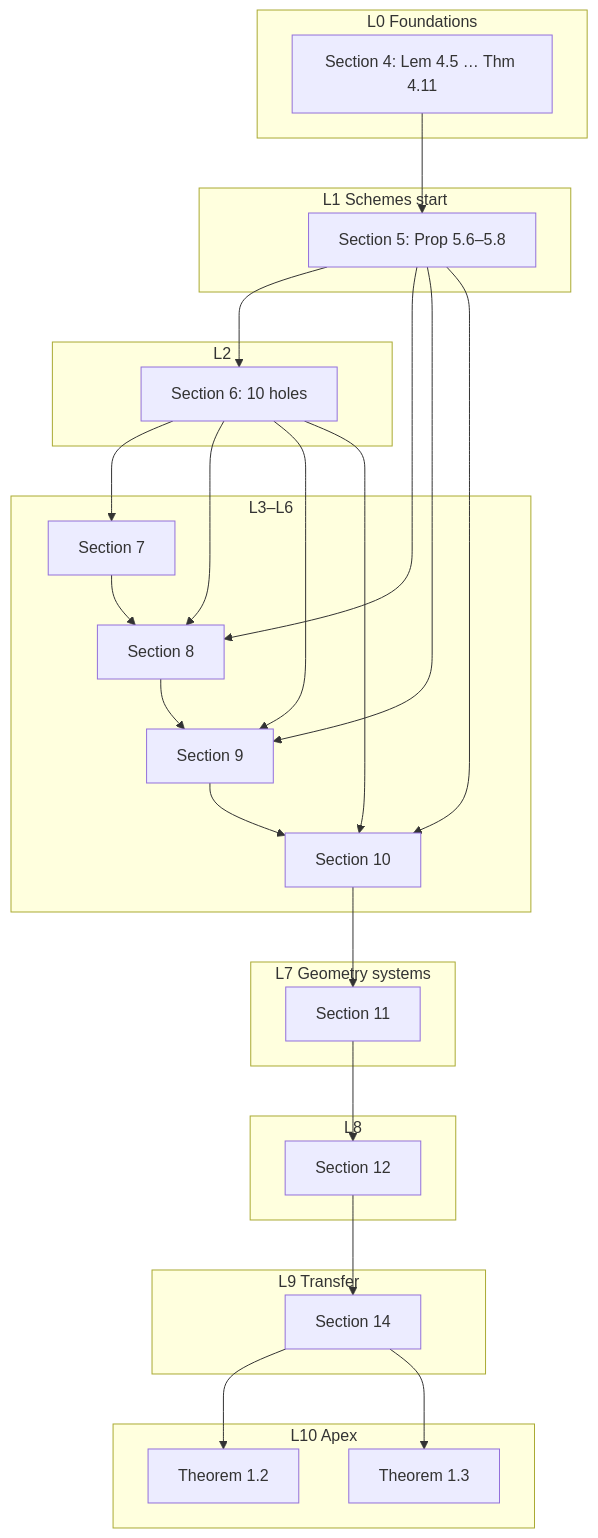
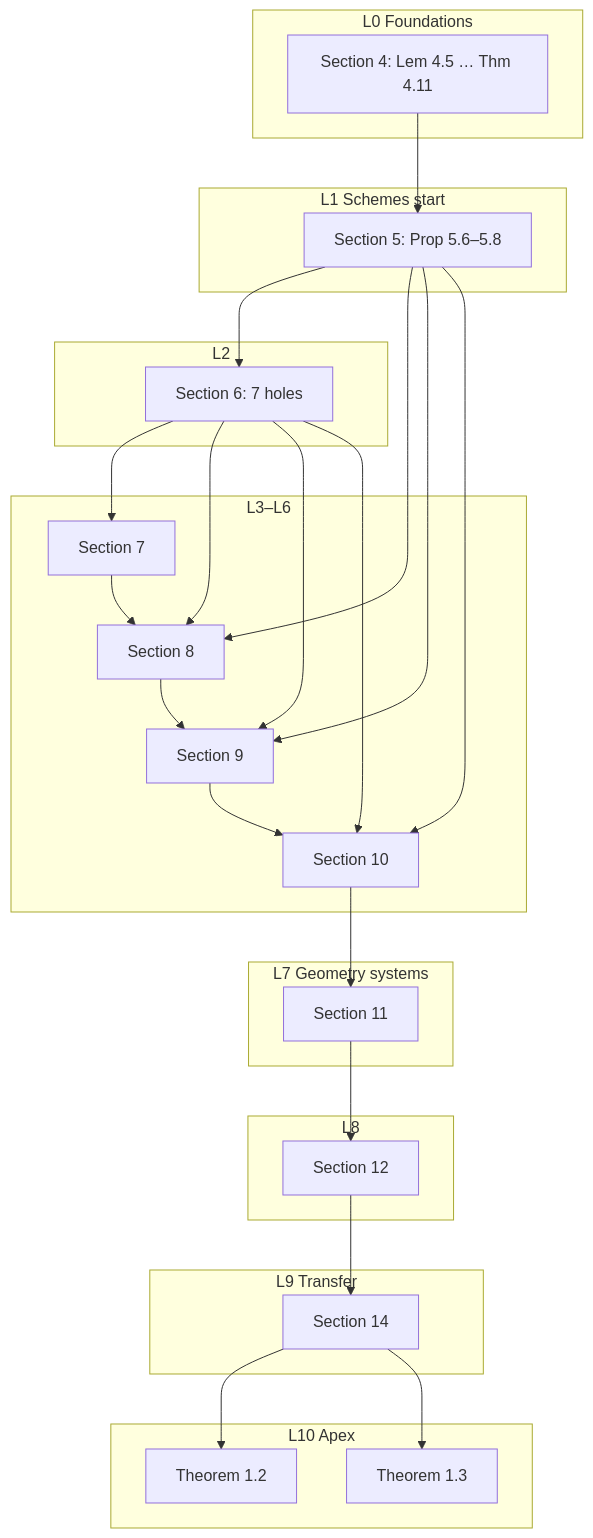
The diagram in HOLES.md (catskillsresearch/aec), drawn with Mermaid before and after one commit. The commit also changed other lines of this file and 6 other files, not shown here.

````diff
--- a/HOLES.md
+++ b/HOLES.md
@@ -51,40 +51,40 @@
 ```mermaid
 flowchart TD
   subgraph L0 [L0 Foundations]
     S4["Section 4: Lem 4.5 … Thm 4.11"]
   end
   subgraph L1 [L1 Schemes start]
     S5["Section 5: Prop 5.6–5.8"]
   end
   subgraph L2 [L2]
-    S6["Section 6: 10 holes"]
+    S6["Section 6: 7 holes"]
   end
   subgraph L3to6 [L3–L6]
     S7["Section 7"]
     S8["Section 8"]
     S9["Section 9"]
     S10["Section 10"]
   end
   subgraph L7 [L7 Geometry systems]
     S11["Section 11"]
   end
   subgraph L8 [L8]
     S12["Section 12"]
   end
   subgraph L9 [L9 Transfer]
     S14["Section 14"]
   end
   subgraph L10 [L10 Apex]
     T12["Theorem 1.2"]
     T13["Theorem 1.3"]
   end
   S4 --> S5 --> S6 --> S7 --> S8 --> S9 --> S10
   S5 --> S8
   S5 --> S9
   S5 --> S10
   S6 --> S8
   S6 --> S9
   S6 --> S10
   S10 --> S11 --> S12 --> S14 --> T12
   S14 --> T13
 ```
````
